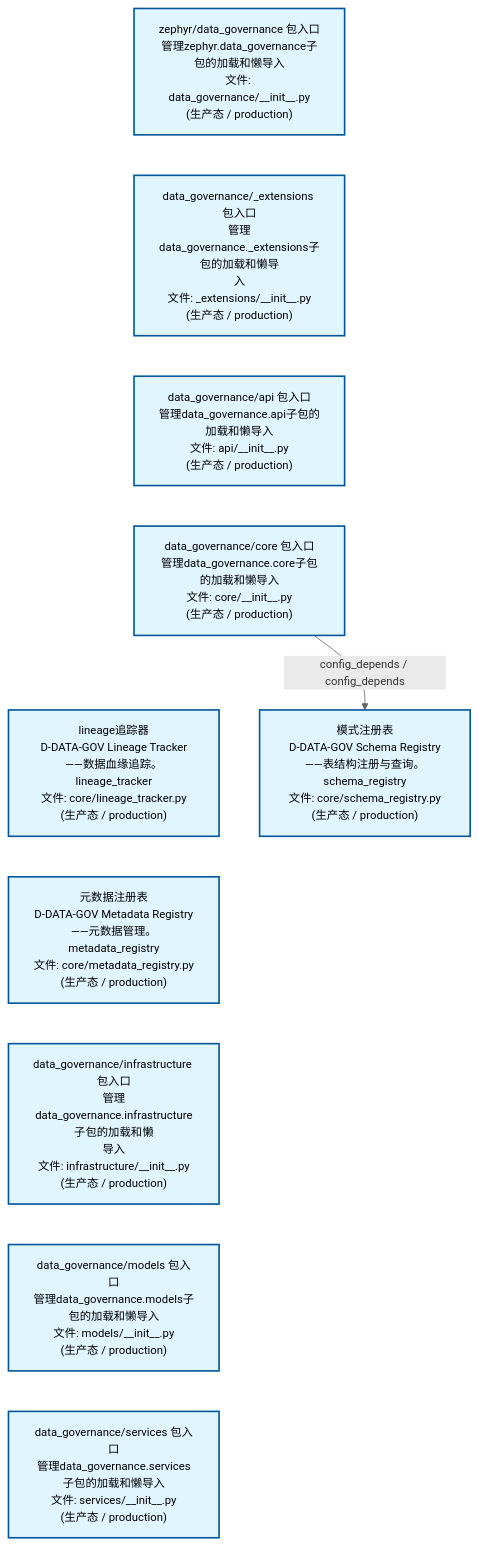
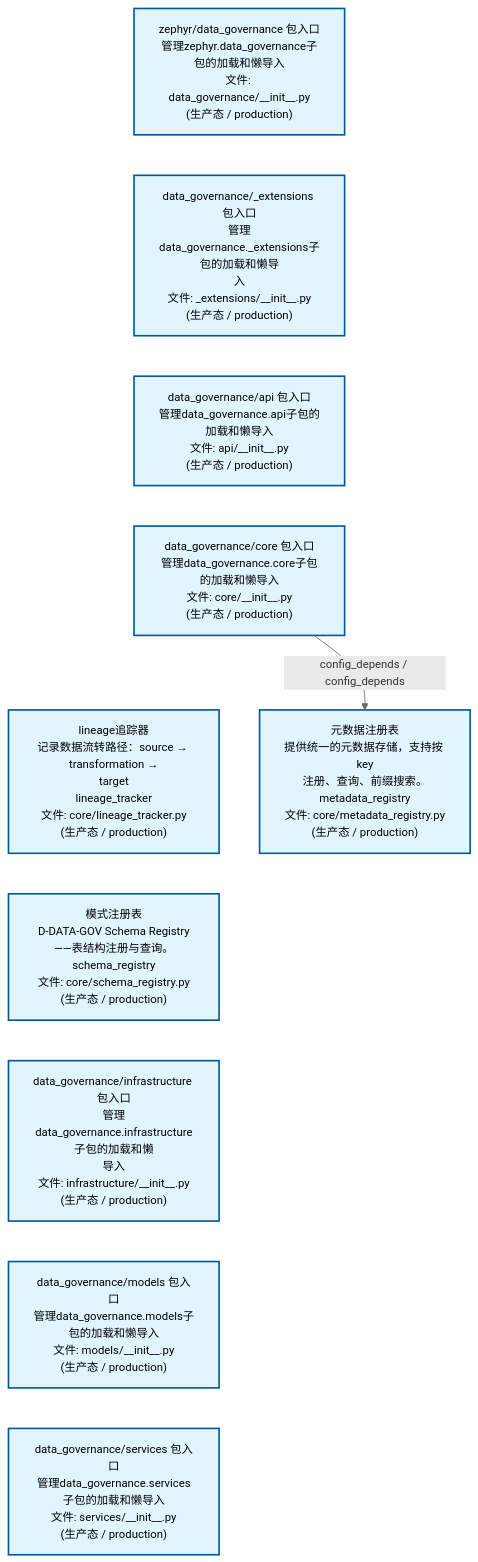
The second of 2 diagrams in docs/02_enterprise_architecture/02_domain_architecture_docs/13_d_data_gov.md (xuanFelixVan/ZephyrAlpha), drawn with Mermaid before and after one commit. The commit also changed other lines of this file and 48 other files, not shown here.

````diff
--- a/docs/02_enterprise_architecture/02_domain_architecture_docs/13_d_data_gov.md
+++ b/docs/02_enterprise_architecture/02_domain_architecture_docs/13_d_data_gov.md
@@ -86,28 +86,28 @@
 ```mermaid
 %%{init: {'theme': 'base', 'themeVariables': {'primaryColor': '#eaeaea', 'primaryTextColor': '#333333', 'primaryBorderColor': '#666666', 'lineColor': '#666666', 'secondaryColor': '#eaeaea', 'tertiaryColor': '#eaeaea', 'fontSize': '14px'}}}%%
 flowchart TD
     src_zephyr_data_governance_init_py["zephyr/data_governance 包入口<br/>管理zephyr.data_governance子包的加载和懒导入<br/>文件: data_governance/__init__.py<br/>(生产态 / production)"]
     src_zephyr_data_governance_extensions_init_py["data_governance/_extensions 包入口<br/>管理data_governance._extensions子包的加载和懒导<br/>入<br/>文件: _extensions/__init__.py<br/>(生产态 / production)"]
     src_zephyr_data_governance_api_init_py["data_governance/api 包入口<br/>管理data_governance.api子包的加载和懒导入<br/>文件: api/__init__.py<br/>(生产态 / production)"]
     src_zephyr_data_governance_core_init_py["data_governance/core 包入口<br/>管理data_governance.core子包的加载和懒导入<br/>文件: core/__init__.py<br/>(生产态 / production)"]
-    src_zephyr_data_governance_core_lineage_tracker_py["lineage追踪器<br/>D-DATA-GOV Lineage Tracker——数据血缘追踪。<br/>lineage_tracker<br/>文件: core/lineage_tracker.py<br/>(生产态 / production)"]
-    src_zephyr_data_governance_core_metadata_registry_py["元数据注册表<br/>D-DATA-GOV Metadata Registry——元数据管理。<br/>metadata_registry<br/>文件: core/metadata_registry.py<br/>(生产态 / production)"]
+    src_zephyr_data_governance_core_lineage_tracker_py["lineage追踪器<br/>记录数据流转路径：source → transformation →<br/>target<br/>lineage_tracker<br/>文件: core/lineage_tracker.py<br/>(生产态 / production)"]
+    src_zephyr_data_governance_core_schema_registry_py["模式注册表<br/>D-DATA-GOV Schema Registry——表结构注册与查询。<br/>schema_registry<br/>文件: core/schema_registry.py<br/>(生产态 / production)"]
     src_zephyr_data_governance_infrastructure_init_py["data_governance/infrastructure 包入口<br/>管理data_governance.infrastructure子包的加载和懒<br/>导入<br/>文件: infrastructure/__init__.py<br/>(生产态 / production)"]
     src_zephyr_data_governance_models_init_py["data_governance/models 包入口<br/>管理data_governance.models子包的加载和懒导入<br/>文件: models/__init__.py<br/>(生产态 / production)"]
     src_zephyr_data_governance_services_init_py["data_governance/services 包入口<br/>管理data_governance.services子包的加载和懒导入<br/>文件: services/__init__.py<br/>(生产态 / production)"]
     src_zephyr_data_governance_init_py ~~~ src_zephyr_data_governance_extensions_init_py
     src_zephyr_data_governance_extensions_init_py ~~~ src_zephyr_data_governance_api_init_py
     src_zephyr_data_governance_api_init_py ~~~ src_zephyr_data_governance_core_init_py
     src_zephyr_data_governance_core_init_py ~~~ src_zephyr_data_governance_core_lineage_tracker_py
-    src_zephyr_data_governance_core_lineage_tracker_py ~~~ src_zephyr_data_governance_core_metadata_registry_py
-    src_zephyr_data_governance_core_metadata_registry_py ~~~ src_zephyr_data_governance_infrastructure_init_py
+    src_zephyr_data_governance_core_lineage_tracker_py ~~~ src_zephyr_data_governance_core_schema_registry_py
+    src_zephyr_data_governance_core_schema_registry_py ~~~ src_zephyr_data_governance_infrastructure_init_py
     src_zephyr_data_governance_infrastructure_init_py ~~~ src_zephyr_data_governance_models_init_py
     src_zephyr_data_governance_models_init_py ~~~ src_zephyr_data_governance_services_init_py
-    src_zephyr_data_governance_core_schema_registry_py["模式注册表<br/>D-DATA-GOV Schema Registry——表结构注册与查询。<br/>schema_registry<br/>文件: core/schema_registry.py<br/>(生产态 / production)"]
-    src_zephyr_data_governance_core_init_py -->|config_depends / config_depends| src_zephyr_data_governance_core_schema_registry_py
+    src_zephyr_data_governance_core_metadata_registry_py["元数据注册表<br/>提供统一的元数据存储，支持按 key<br/>注册、查询、前缀搜索。<br/>metadata_registry<br/>文件: core/metadata_registry.py<br/>(生产态 / production)"]
+    src_zephyr_data_governance_core_init_py -->|config_depends / config_depends| src_zephyr_data_governance_core_metadata_registry_py
     classDef production fill:#e1f5fe,stroke:#01579b,stroke-width:2px,color:#000
     classDef design fill:#fff3e0,stroke:#e65100,stroke-width:2px,color:#000,stroke-dasharray: 5 5
     classDef external_prod fill:#e8f4fd,stroke:#0277bd,stroke-width:1px,color:#000
     classDef external_design fill:#fff8e7,stroke:#ef6c00,stroke-width:1px,color:#000,stroke-dasharray: 5 5
     class src_zephyr_data_governance_init_py,src_zephyr_data_governance_extensions_init_py,src_zephyr_data_governance_api_init_py,src_zephyr_data_governance_core_init_py,src_zephyr_data_governance_core_lineage_tracker_py,src_zephyr_data_governance_core_metadata_registry_py,src_zephyr_data_governance_core_schema_registry_py,src_zephyr_data_governance_infrastructure_init_py,src_zephyr_data_governance_models_init_py,src_zephyr_data_governance_services_init_py production
 ```
````
